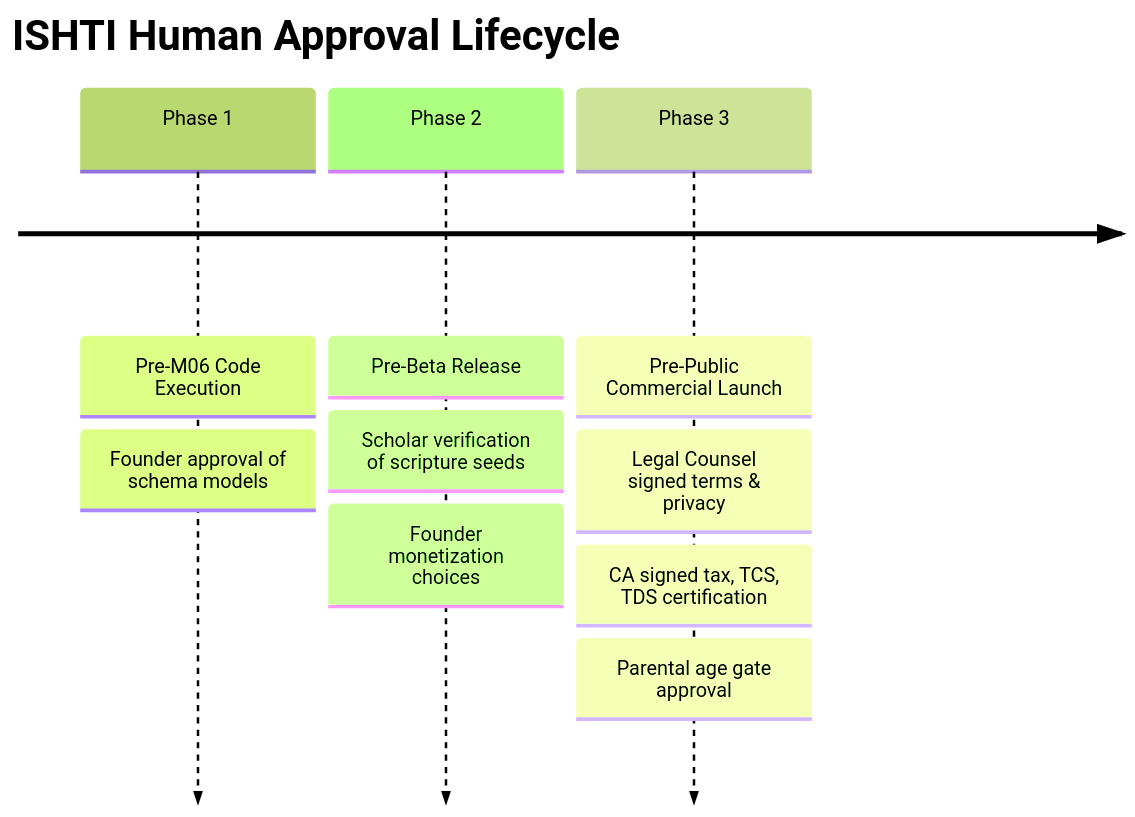
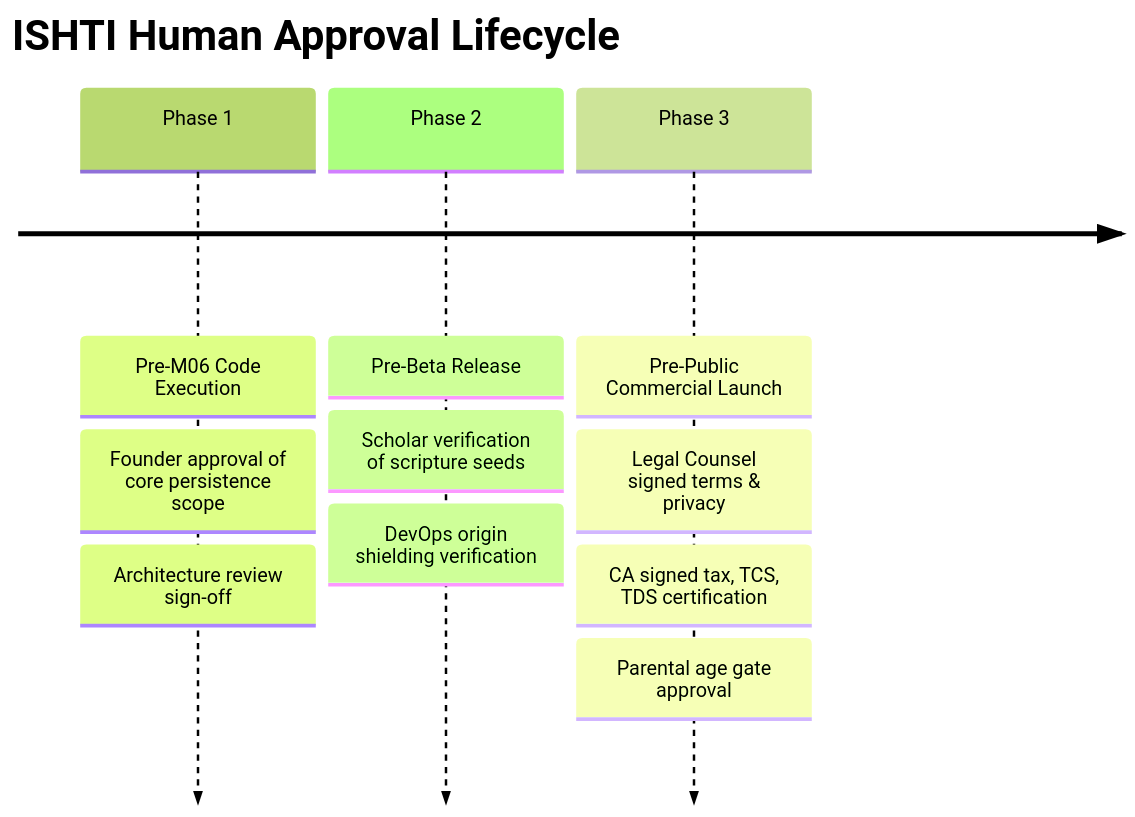
Before and after one commit to Sunder-Chauhan/Ishti-OS: the diagram in docs/M06_HUMAN_APPROVALS_REQUIRED.md, drawn with Mermaid (forest theme). The commit also changed other lines of this file and 9 other files, not shown here.

Commit message:
docs(m06): revise architecture planning deliverables and author pre-implementation decision register

````diff
--- a/docs/M06_HUMAN_APPROVALS_REQUIRED.md
+++ b/docs/M06_HUMAN_APPROVALS_REQUIRED.md
@@ -66,7 +68,7 @@
 ```mermaid
 timeline
     title ISHTI Human Approval Lifecycle
-    Phase 1 : Pre-M06 Code Execution : Founder approval of schema models
-    Phase 2 : Pre-Beta Release : Scholar verification of scripture seeds : Founder monetization choices
+    Phase 1 : Pre-M06 Code Execution : Founder approval of core persistence scope : Architecture review sign-off
+    Phase 2 : Pre-Beta Release : Scholar verification of scripture seeds : DevOps origin shielding verification
     Phase 3 : Pre-Public Commercial Launch : Legal Counsel signed terms & privacy : CA signed tax, TCS, TDS certification : Parental age gate approval
 ```
````
